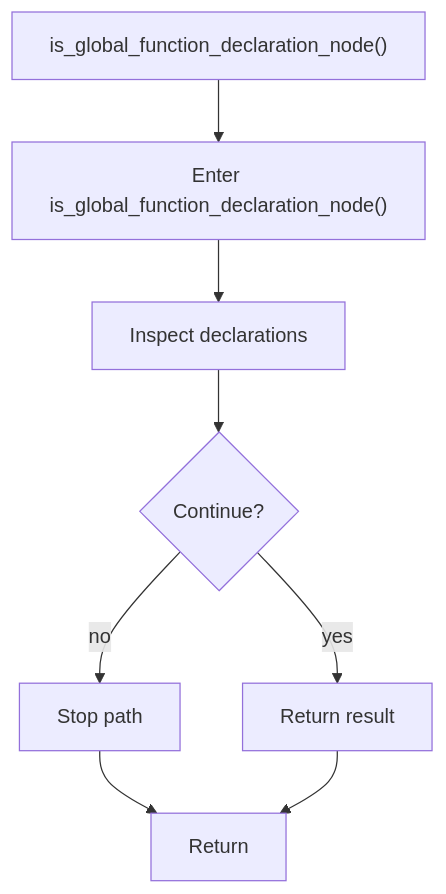
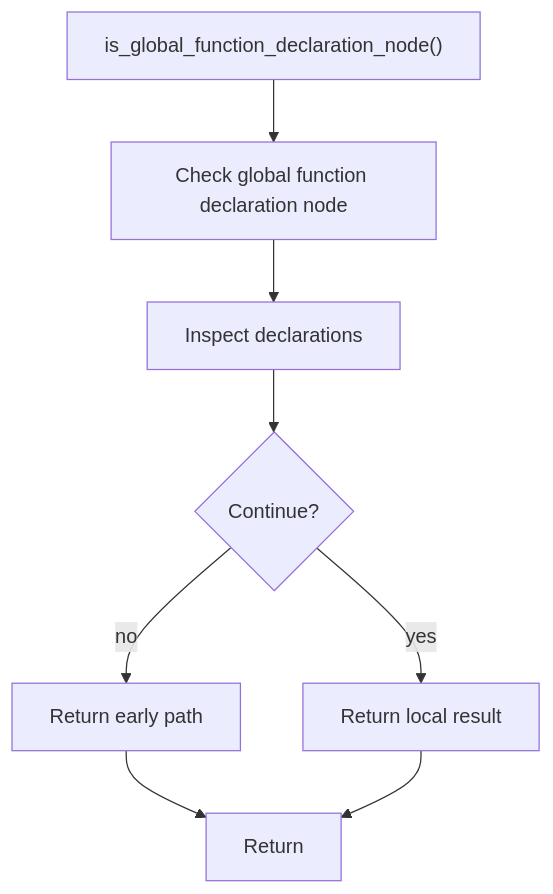
The diagram in docs/Codebase/Microservice/Modules/Source/Trees/ClassGeneration/Actual/Internal/Statement/Flow/functions/is_global_function_declaration_node.cpp.md (JohnAndrewBalbarosa/NeoTerritory), drawn with Mermaid before and after one commit. The commit also changed other lines of this file and 915 other files, not shown here.

````diff
--- a/docs/Codebase/Microservice/Modules/Source/Trees/ClassGeneration/Actual/Internal/Statement/Flow/functions/is_global_function_declaration_node.cpp.md
+++ b/docs/Codebase/Microservice/Modules/Source/Trees/ClassGeneration/Actual/Internal/Statement/Flow/functions/is_global_function_declaration_node.cpp.md
@@ -17,17 +17,17 @@
 ```mermaid
 flowchart TD
     Start["is_global_function_declaration_node()"]
-    N0["Enter is_global_function_declaration_node()"]
+    N0["Check global function declaration node"]
     N1["Inspect declarations"]
     D1{"Continue?"}
-    R1["Stop path"]
-    N2["Return result"]
+    R1["Return early path"]
+    N2["Return local result"]
     End["Return"]
     Start --> N0
     N0 --> N1
     N1 --> D1
     D1 -->|yes| N2
     D1 -->|no| R1
     R1 --> End
     N2 --> End
 ```
````
